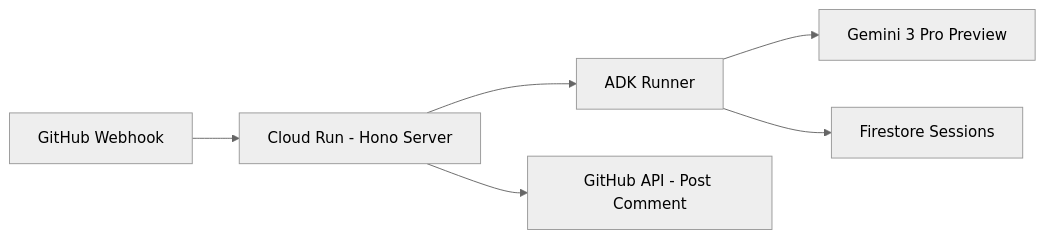
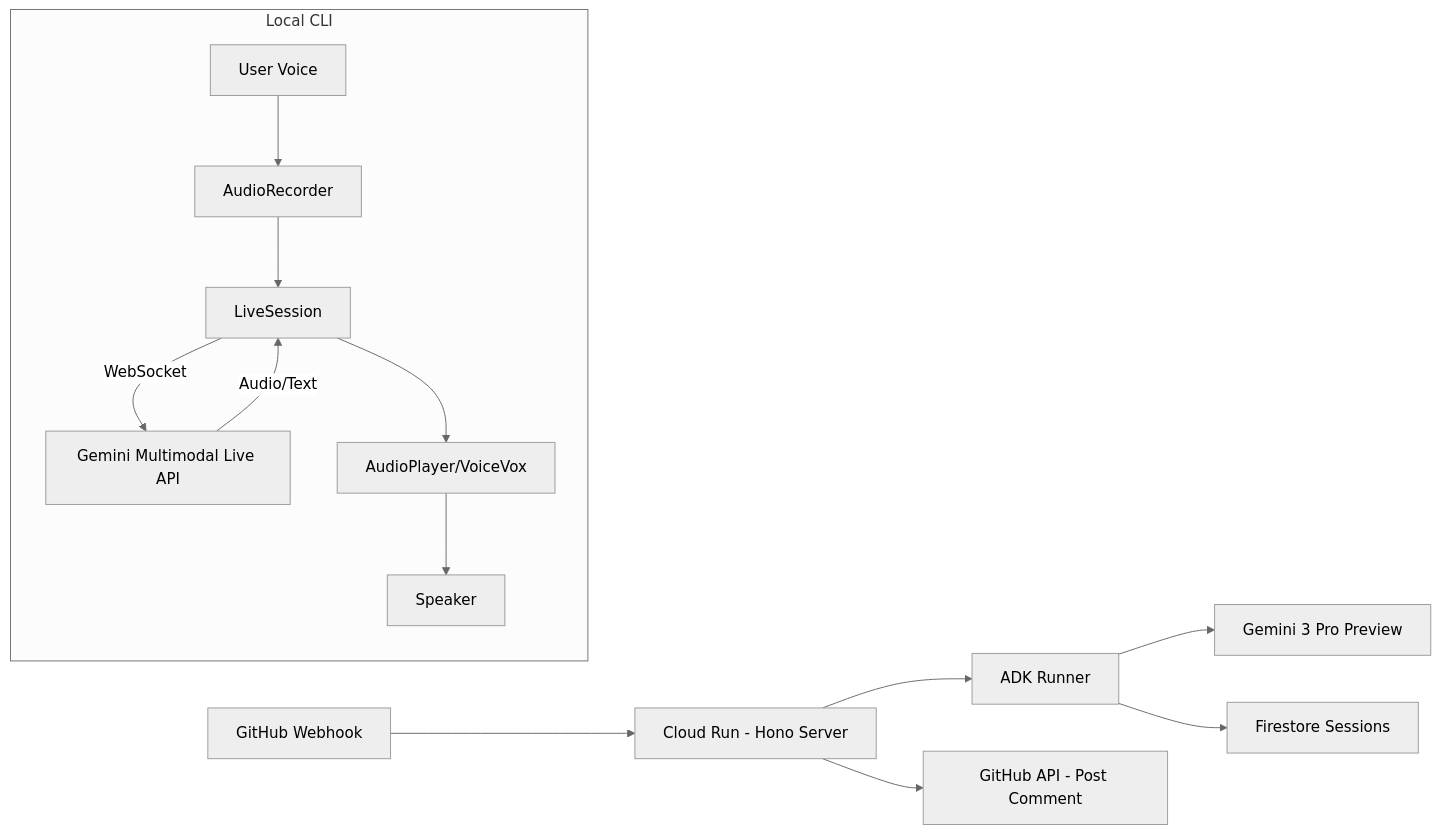
Before and after one commit to blacpans/claris: the diagram in docs/PROJECT_OVERVIEW.md, drawn with Mermaid (neutral theme). The commit also changed other lines of this file and 3 other files, not shown here.

````diff
--- a/docs/PROJECT_OVERVIEW.md
+++ b/docs/PROJECT_OVERVIEW.md
@@ -24,8 +24,17 @@
 ```mermaid
 graph LR
     A[GitHub Webhook] --> B[Cloud Run - Hono Server]
     B --> C[ADK Runner]
     C --> D[Gemini 3 Pro Preview]
     C --> E[Firestore Sessions]
     B --> F[GitHub API - Post Comment]
+    
+    subgraph CLI[Local CLI]
+        G[User Voice] --> H[AudioRecorder]
+        H --> I[LiveSession]
+        I --WebSocket--> J[Gemini Multimodal Live API]
+        J --Audio/Text--> I
+        I --> K[AudioPlayer/VoiceVox]
+        K --> L[Speaker]
+    end
 ```
````
